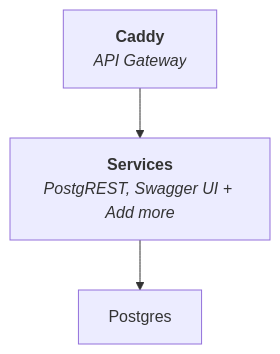
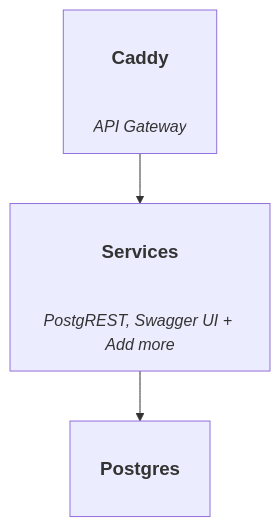
Before and after one commit to explodinglabs/superstack: the diagram in README.md, drawn with Mermaid. The commit also changed other lines of this file, not shown here.

Commit message:
Adjust architecture

````diff
--- a/README.md
+++ b/README.md
@@ -14,6 +14,6 @@
 ```mermaid
 flowchart TD
-    Caddy["<b>Caddy</b><br><i>API Gateway<i>"]
-    Caddy --> Middleware["<b>Services</b><br><i>PostgREST, Swagger UI + Add more</i>"]
-    Middleware --> Postgres
+    Caddy["<h3>Caddy</h3><br><i>API Gateway<i>"]
+    Caddy --> Middleware["<h3>Services</h3><br><i>PostgREST, Swagger UI + Add more</i>"]
+    Middleware --> Postgres["<h3>Postgres</h3>"]
 ```
````
